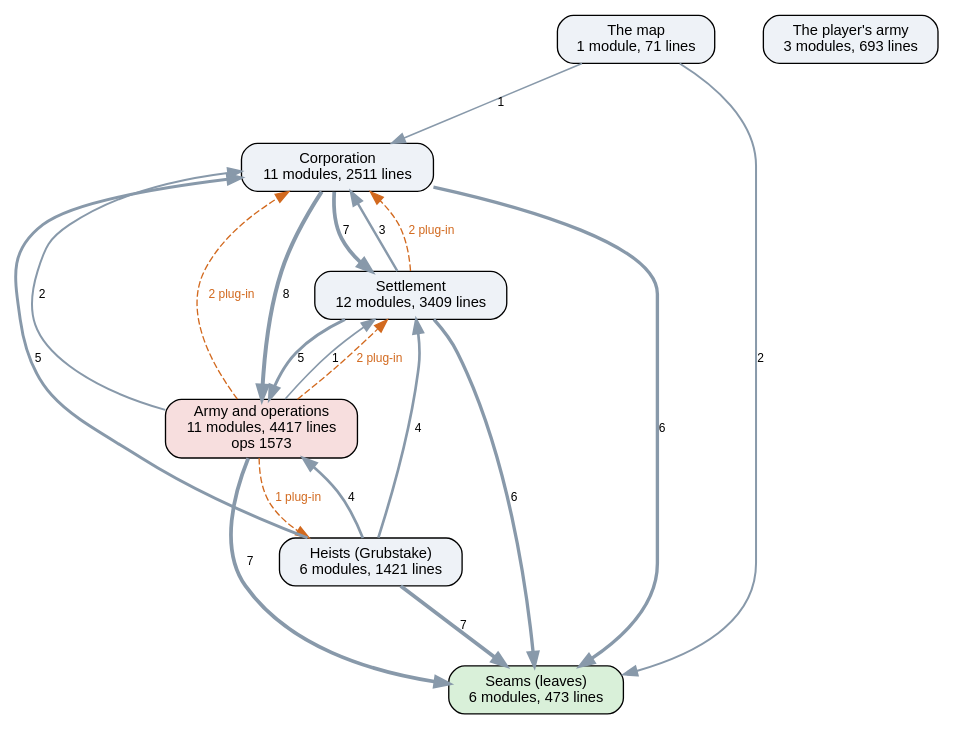
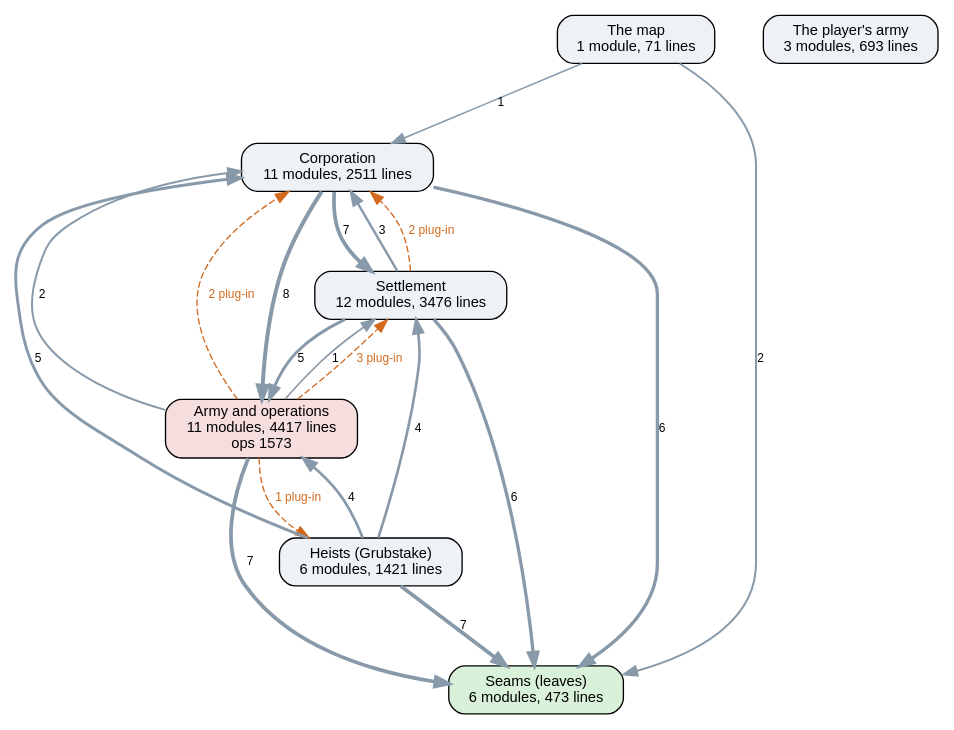
The diagram in docs/ai-layers.dot (kinelhu/landing-party), drawn with Graphviz before and after one commit. The commit also changed 10 other files, not shown here.

```diff
--- a/docs/ai-layers.dot
+++ b/docs/ai-layers.dot
@@ -1,31 +1,31 @@
 digraph layers {
   graph [rankdir=TB, fontname="Helvetica", nodesep=0.5, ranksep=0.7];
   node [shape=box, style="rounded,filled", fontname="Helvetica", fontsize=11, fillcolor="#eef2f7"];
   edge [color="#8899aa", fontname="Helvetica", fontsize=9];
   "Seams (leaves)" [label="Seams (leaves)\n6 modules, 473 lines", fillcolor="#d9f0d9"];
   "Corporation" [label="Corporation\n11 modules, 2511 lines", fillcolor="#eef2f7"];
-  "Settlement" [label="Settlement\n12 modules, 3409 lines", fillcolor="#eef2f7"];
+  "Settlement" [label="Settlement\n12 modules, 3476 lines", fillcolor="#eef2f7"];
   "Army and operations" [label="Army and operations\n11 modules, 4417 lines\nops 1573", fillcolor="#f7dede"];
   "Heists (Grubstake)" [label="Heists (Grubstake)\n6 modules, 1421 lines", fillcolor="#eef2f7"];
   "The map" [label="The map\n1 module, 71 lines", fillcolor="#eef2f7"];
   "The player's army" [label="The player's army\n3 modules, 693 lines", fillcolor="#eef2f7"];
   "Army and operations" -> "Corporation" [label="2", penwidth=1.5];
   "Army and operations" -> "Seams (leaves)" [label="7", penwidth=2.8];
   "Army and operations" -> "Settlement" [label="1", penwidth=1.2];
   "Corporation" -> "Army and operations" [label="8", penwidth=3.0];
   "Corporation" -> "Seams (leaves)" [label="6", penwidth=2.5];
   "Corporation" -> "Settlement" [label="7", penwidth=2.8];
   "Heists (Grubstake)" -> "Army and operations" [label="4", penwidth=2.0];
   "Heists (Grubstake)" -> "Corporation" [label="5", penwidth=2.2];
   "Heists (Grubstake)" -> "Seams (leaves)" [label="7", penwidth=2.8];
   "Heists (Grubstake)" -> "Settlement" [label="4", penwidth=2.0];
   "Settlement" -> "Army and operations" [label="5", penwidth=2.2];
   "Settlement" -> "Corporation" [label="3", penwidth=1.8];
   "Settlement" -> "Seams (leaves)" [label="6", penwidth=2.5];
   "The map" -> "Corporation" [label="1", penwidth=1.2];
   "The map" -> "Seams (leaves)" [label="2", penwidth=1.5];
   "Army and operations" -> "Corporation" [style=dashed, color="#d2691e", fontcolor="#d2691e", label="2 plug-in"];
   "Army and operations" -> "Heists (Grubstake)" [style=dashed, color="#d2691e", fontcolor="#d2691e", label="1 plug-in"];
-  "Army and operations" -> "Settlement" [style=dashed, color="#d2691e", fontcolor="#d2691e", label="2 plug-in"];
+  "Army and operations" -> "Settlement" [style=dashed, color="#d2691e", fontcolor="#d2691e", label="3 plug-in"];
   "Settlement" -> "Corporation" [style=dashed, color="#d2691e", fontcolor="#d2691e", label="2 plug-in"];
 }
```
